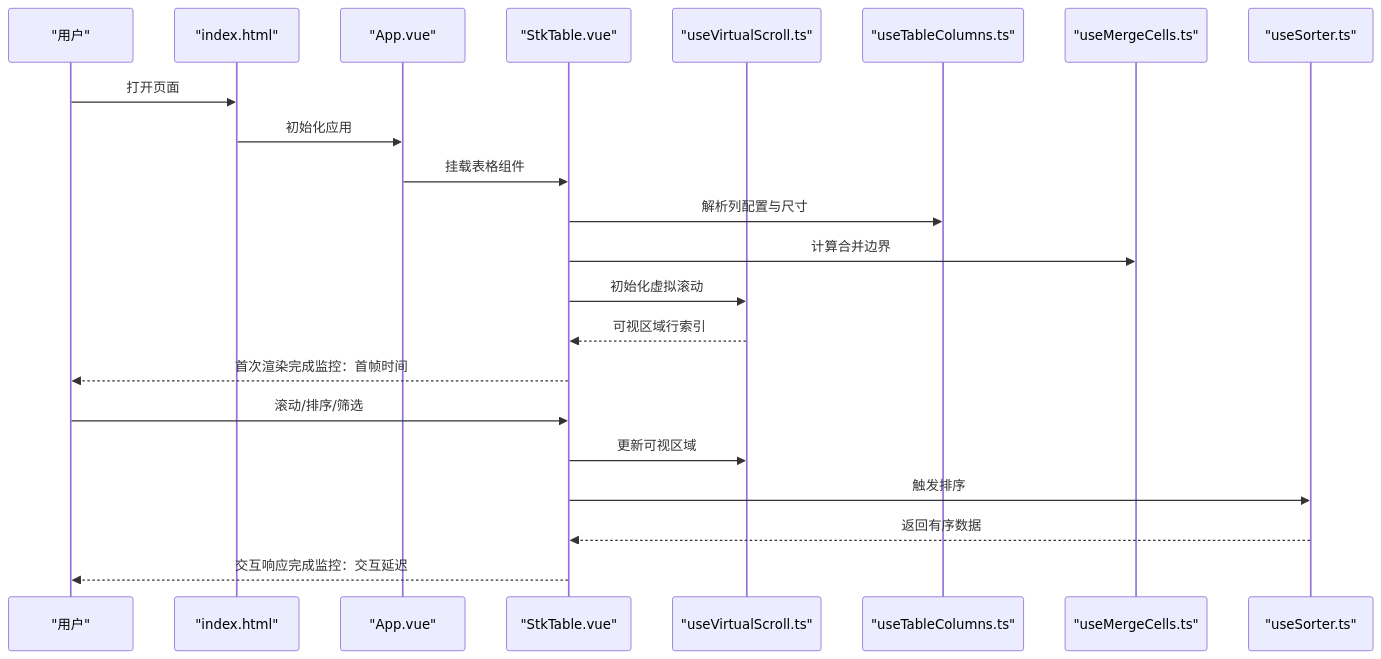
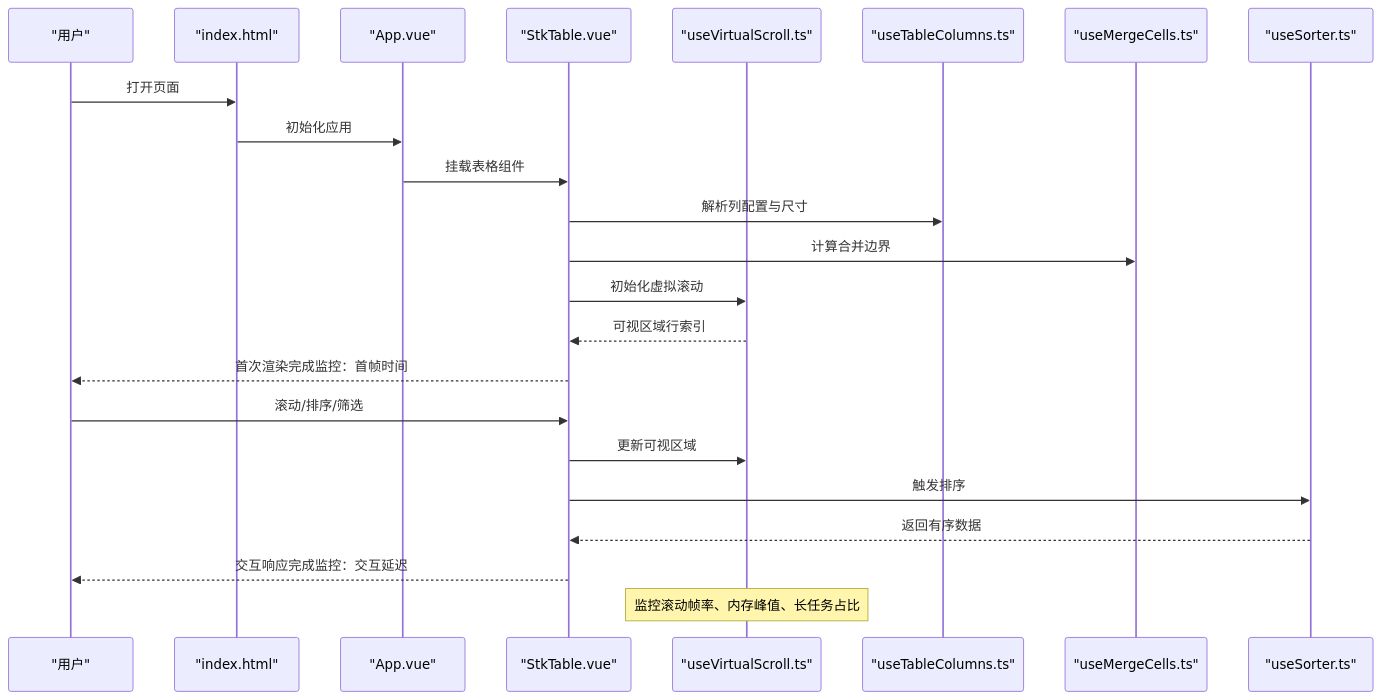
One commit to ja-plus/stk-table-vue changed the second of 5 diagrams in .qoder/repowiki/zh/content/性能优化/性能监控与分析.md. Above: the diagram before and after it, drawn with Mermaid. The commit also changed other lines of this file and 12 other files, not shown here.

````diff
--- a/.qoder/repowiki/zh/content/性能优化/性能监控与分析.md
+++ b/.qoder/repowiki/zh/content/性能优化/性能监控与分析.md
@@ -86,24 +106,25 @@
 ```mermaid
 sequenceDiagram
 participant U as "用户"
 participant HTML as "index.html"
 participant APP as "App.vue"
 participant TABLE as "StkTable.vue"
 participant VS as "useVirtualScroll.ts"
 participant COL as "useTableColumns.ts"
 participant MERGE as "useMergeCells.ts"
 participant SORT as "useSorter.ts"
 U->>HTML : 打开页面
 HTML->>APP : 初始化应用
 APP->>TABLE : 挂载表格组件
 TABLE->>COL : 解析列配置与尺寸
 TABLE->>MERGE : 计算合并边界
 TABLE->>VS : 初始化虚拟滚动
 VS-->>TABLE : 可视区域行索引
 TABLE-->>U : 首次渲染完成监控：首帧时间
 U->>TABLE : 滚动/排序/筛选
 TABLE->>VS : 更新可视区域
 TABLE->>SORT : 触发排序
 SORT-->>TABLE : 返回有序数据
 TABLE-->>U : 交互响应完成监控：交互延迟
+Note over VS : 监控滚动帧率、内存峰值、长任务占比
 ```
````
